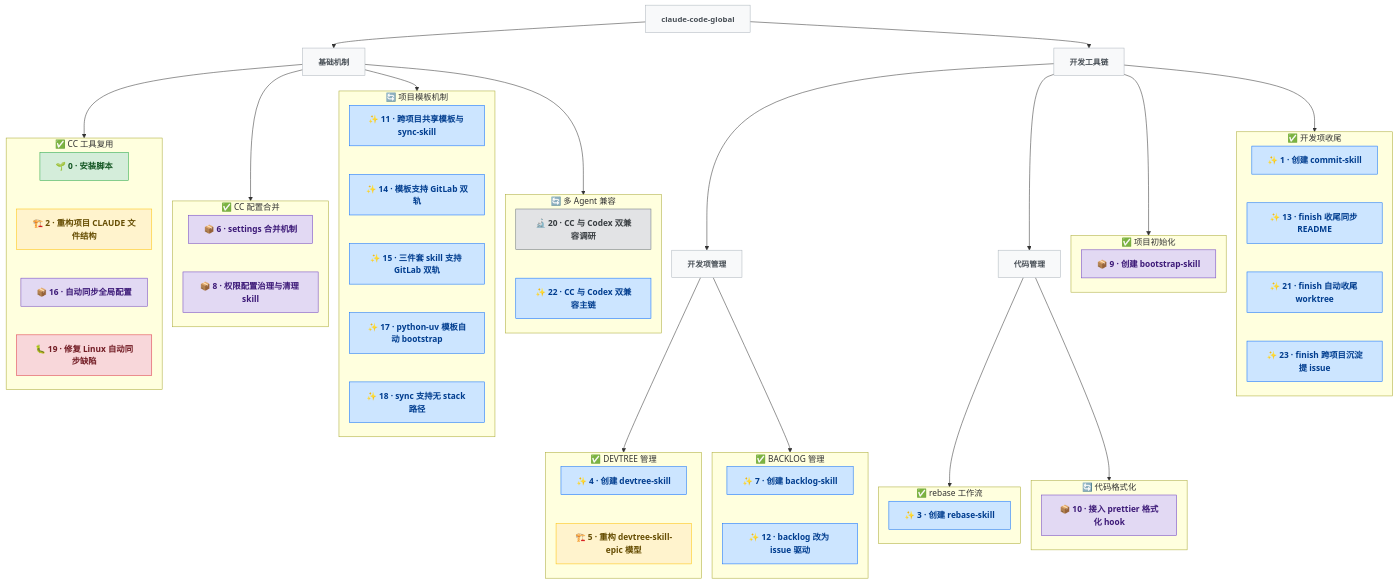
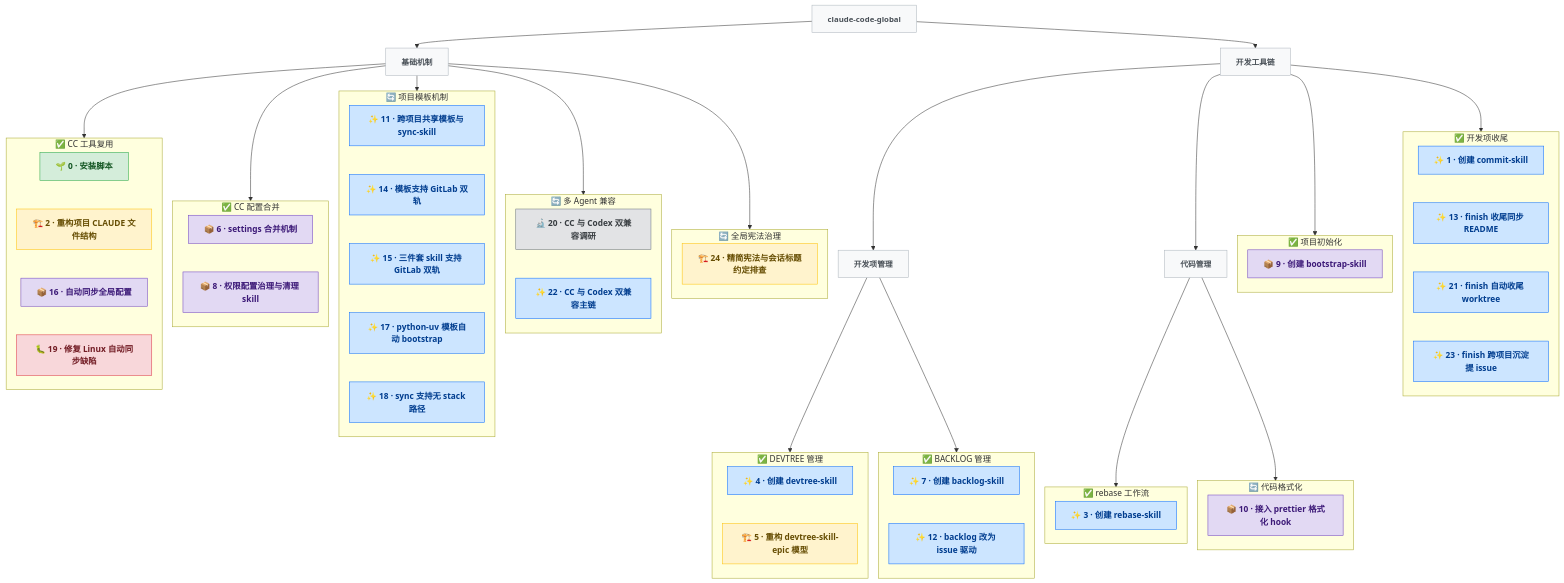
Before and after one commit to pkulijing/claude-code-global: the diagram in docs/DEVTREE.md, drawn with Mermaid. The commit also changed other lines of this file and 6 other files, not shown here.

```diff
--- a/docs/DEVTREE.md
+++ b/docs/DEVTREE.md
@@ -33,6 +33,7 @@
   base --> e_cc_merge
   base --> e_template
   base --> e_multi_agent
+  base --> e_constitution
   toolchain --> e_bootstrap
   toolchain --> e_finish
   toolchain --> devmgmt["开发项管理"]:::epic
@@ -80,6 +81,11 @@
     N20 ~~~ N22
   end
 
+  subgraph e_constitution["🔄 全局宪法治理"]
+    direction TB
+    N24["🏗️ 24 · 精简宪法与会话标题约定排查"]:::refactor
+  end
+
   subgraph e_bootstrap["✅ 项目初始化"]
     direction TB
     N9["📦 9 · 创建 bootstrap-skill"]:::infra
```
